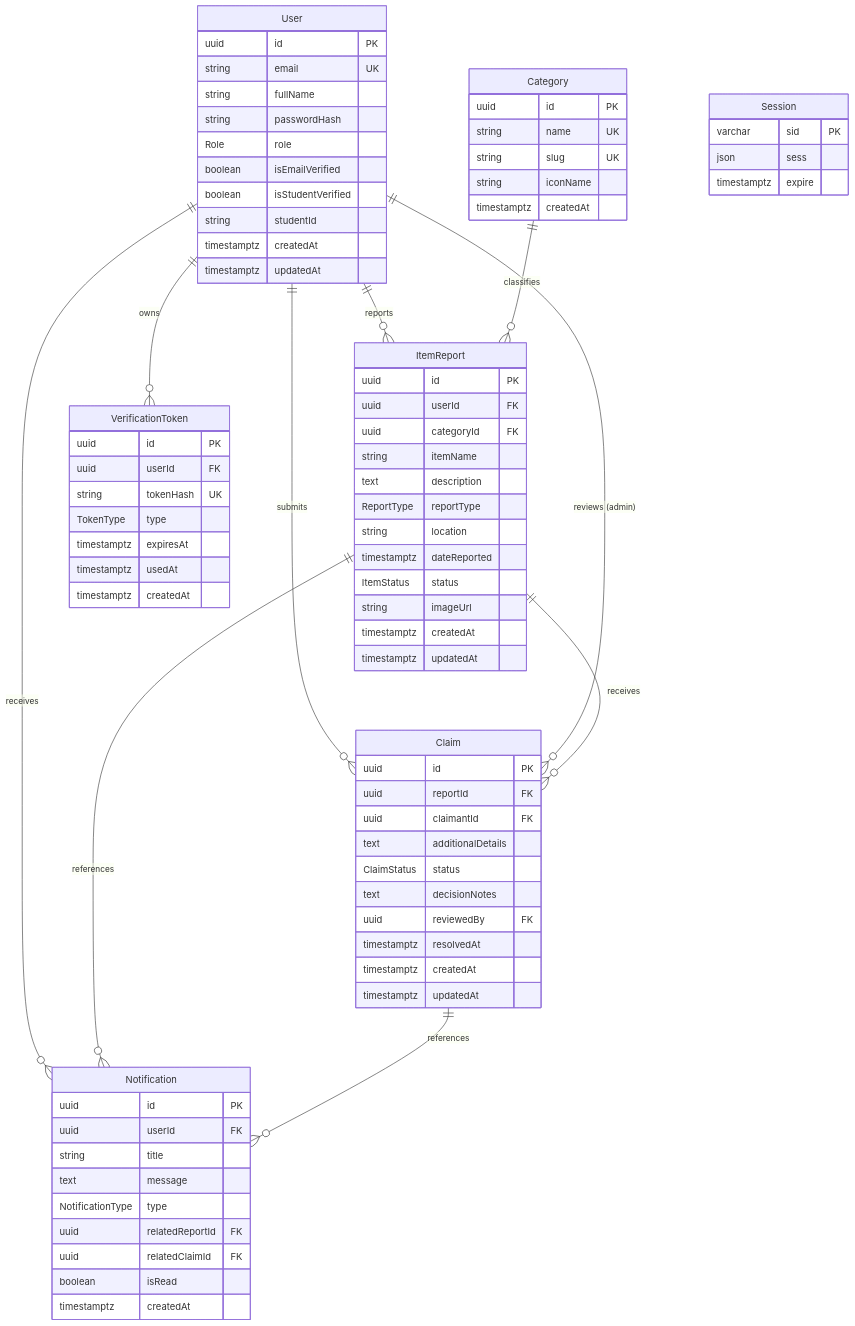
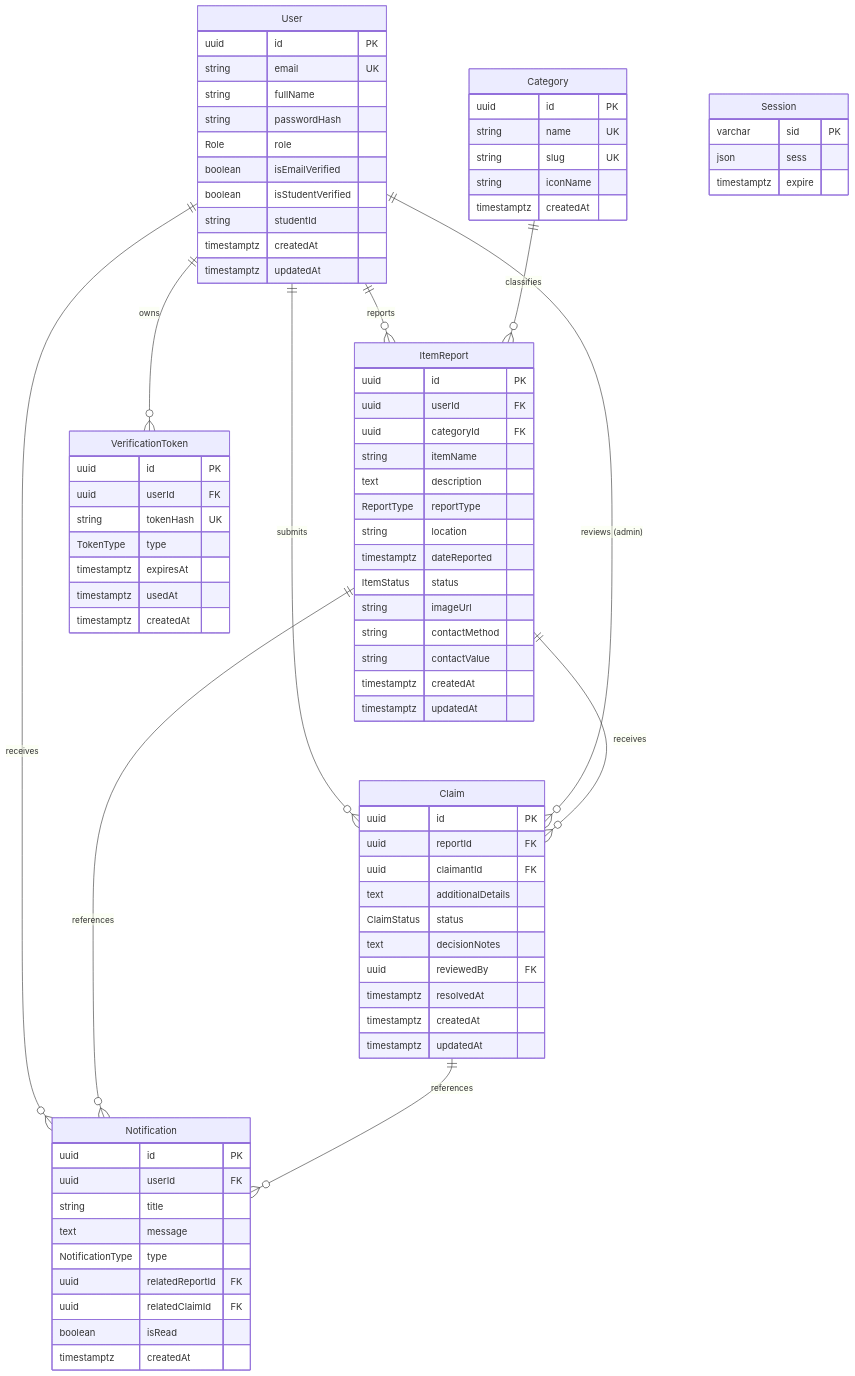
One commit to OnaiE56/FoundIt changed the diagram in docs/system-design/database-design.md. Above: the diagram before and after it, drawn with Mermaid. The commit also changed other lines of this file and 24 other files, not shown here.

```diff
--- a/docs/system-design/database-design.md
+++ b/docs/system-design/database-design.md
@@ -80,6 +80,8 @@
         timestamptz dateReported
         ItemStatus status
         string imageUrl
+        string contactMethod
+        string contactValue
         timestamptz createdAt
         timestamptz updatedAt
     }
```
